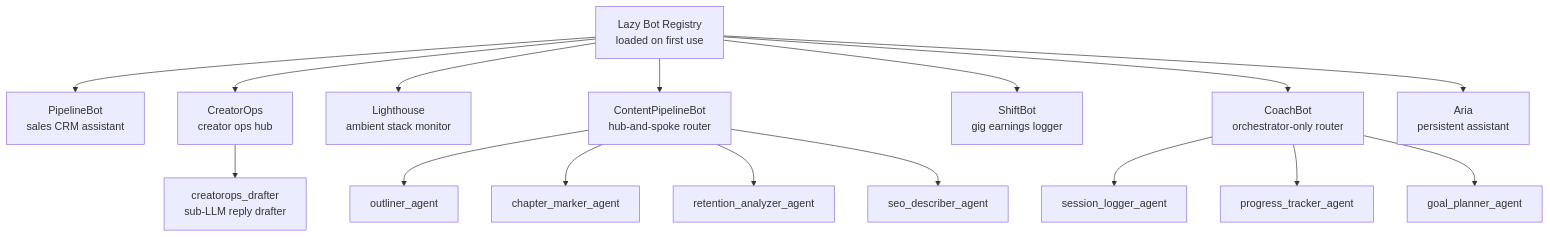
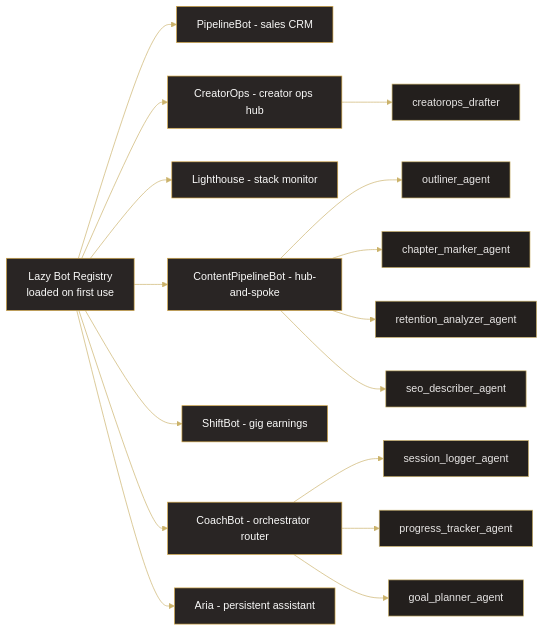
The third of 3 diagrams in README.md (DamianBuilds-ai/meridian), drawn with Mermaid before and after one commit. The commit also changed other lines of this file and 1 other file, not shown here.

First line of the commit message:
docs: rebrand architecture diagrams (stone+gold) and improve readability

````diff
--- a/README.md
+++ b/README.md
@@ -91,19 +88,24 @@
 ```mermaid
-graph TD
+%%{init: {'theme':'base','themeVariables':{'fontSize':'16px','primaryColor':'#292524','primaryBorderColor':'#D4A847','primaryTextColor':'#fafaf9','lineColor':'#CBB26A','edgeLabelBackground':'#1c1917'}}}%%
+flowchart LR
     REG["Lazy Bot Registry<br/>loaded on first use"]
-    REG --> PB["PipelineBot<br/>sales CRM assistant"]
-    REG --> CO["CreatorOps<br/>creator ops hub"]
-    REG --> LH["Lighthouse<br/>ambient stack monitor"]
-    REG --> CP["ContentPipelineBot<br/>hub-and-spoke router"]
-    REG --> SB["ShiftBot<br/>gig earnings logger"]
-    REG --> CB["CoachBot<br/>orchestrator-only router"]
-    REG --> AR["Aria<br/>persistent assistant"]
+    REG --> PB["PipelineBot - sales CRM"]
+    REG --> CO["CreatorOps - creator ops hub"]
+    REG --> LH["Lighthouse - stack monitor"]
+    REG --> CP["ContentPipelineBot - hub-and-spoke"]
+    REG --> SB["ShiftBot - gig earnings"]
+    REG --> CB["CoachBot - orchestrator router"]
+    REG --> AR["Aria - persistent assistant"]
+    CO --> CO1["creatorops_drafter"]
     CP --> CP1["outliner_agent"]
     CP --> CP2["chapter_marker_agent"]
     CP --> CP3["retention_analyzer_agent"]
     CP --> CP4["seo_describer_agent"]
     CB --> CB1["session_logger_agent"]
     CB --> CB2["progress_tracker_agent"]
     CB --> CB3["goal_planner_agent"]
-    CO --> CO1["creatorops_drafter<br/>sub-LLM reply drafter"]
+    classDef bot fill:#292524,stroke:#D4A847,color:#fafaf9
+    classDef sub fill:#231f1d,stroke:#CBB26A,color:#e7e5e4
+    class PB,CO,LH,CP,SB,CB,AR bot
+    class CO1,CP1,CP2,CP3,CP4,CB1,CB2,CB3 sub
 ```
````
